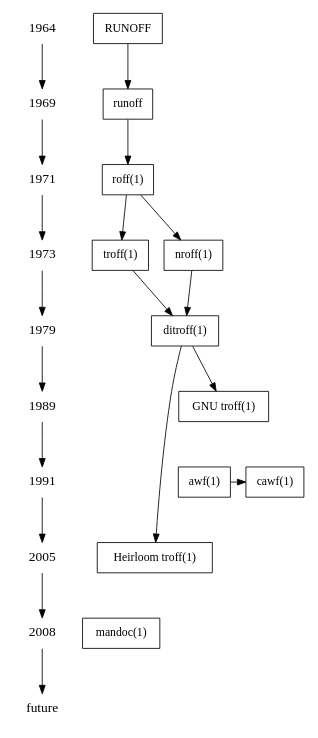
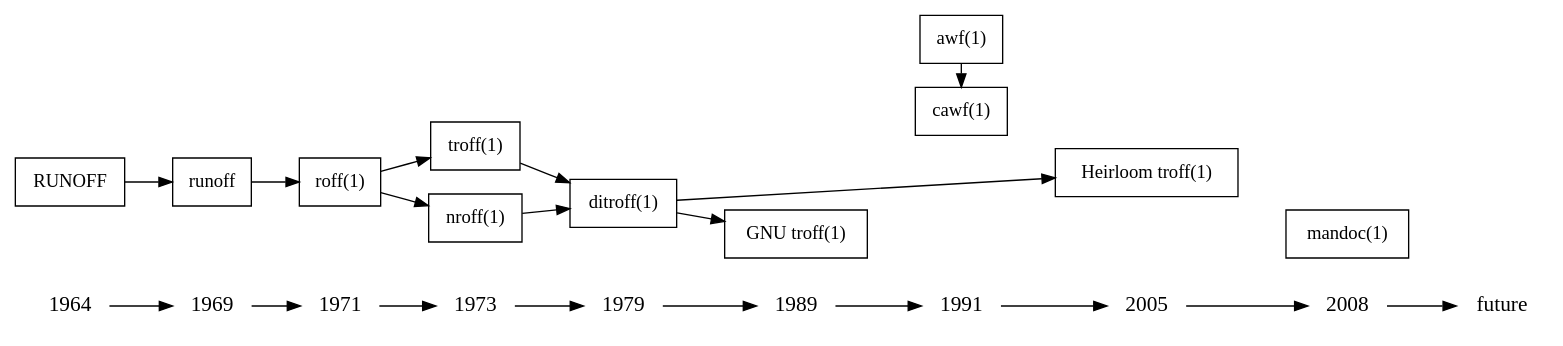
One commit to kristapsdz/manpages changed the diagram in apps.dot. Above: the diagram before and after it, drawn with Graphviz. The commit also changed 1 other file, not shown here.

Commit message:
More historical information and reflowed timeline.  Adding "people" to avoid re-linking again and again.

```diff
--- a/apps.dot
+++ b/apps.dot
@@ -1,55 +1,55 @@
 digraph manpages {
-	ranksep=.75; size = "7.5,7.5";
+	rankdir=LR;
 
 	{
 		node [shape=plaintext, fontsize=16];
 		1964 -> 1969 -> 1971 -> 1973 -> 1979 -> 
 		1989 -> 1991 -> 2005 -> 2008 -> "future";
 	}
 
 	node [shape=box];
 
 	roff [label="roff(1)"];
 
 	/* Jerry Saltzer, MIT CTSS. */
 	runoff1 [label="RUNOFF" URL="http://mit.edu/saltzer/www/publications/ctss/"]; 
 
 	/* Doug McIlroy, Multics (language: BCPL). */
 	runoff2 [label="runoff"]; 
 
 	/* Kristaps Dzonsons (language: C). */
 	mandoc [label="mandoc(1)" URL="http://mdocml.bsd.lv"]; 
 
 	/* Re-licensing (for OpenSolaris) of Sun's troff (language: C), deriving from UNIX ditroff. */
 	htroff [label="Heirloom troff(1)" URL="http://heirloom.sourceforge.net/doctools.html"]; 
 
 	/* GNU re-write of UNIX ditroff, James Clarke (language: C++). */
 	groff [label="GNU troff(1)" URL="http://www.gnu.org/s/groff/"];
 
 	/* Harry Spender (language: awk). */
 	awf [label="awf(1)" URL="http://ftp.sunet.se/pub/usenet/ftp.uu.net/comp.sources.unix/volume24/"];
 
 	/* Vic Abell (language: C). */
 	cawf [label="cawf(1)" URL="http://www.tux.org/pub/sites/vic.cc.purdue.edu/"];
 
 	/* Brian Kernighan, Version 7 AT&T UNIX (language: C). */
 	ditroff [label="ditroff(1)" URL="http://minnie.tuhs.org/cgi-bin/utree.pl?file=V7/usr/src/cmd/troff"];
 	
 	{ rank = same; 1964 runoff1; }
 	{ rank = same; 1969 runoff2; }
 	{ rank = same; 1971 roff };
 	{ rank = same; 1973; "troff(1)" "nroff(1)"; }
 	{ rank = same; 1979; ditroff; }
 	{ rank = same; 1989 groff; }
 	{ rank = same; 1991 awf cawf; }
 	{ rank = same; 2005 htroff; }
 	{ rank = same; 2008 mandoc; }
 
 	runoff1 -> runoff2 -> roff;
 	roff -> "nroff(1)";
 	roff -> "troff(1)";
 	{ "nroff(1)" "troff(1)" } -> ditroff;
 	ditroff -> groff;
 	ditroff -> htroff;
 	awf -> cawf;
 }
```
